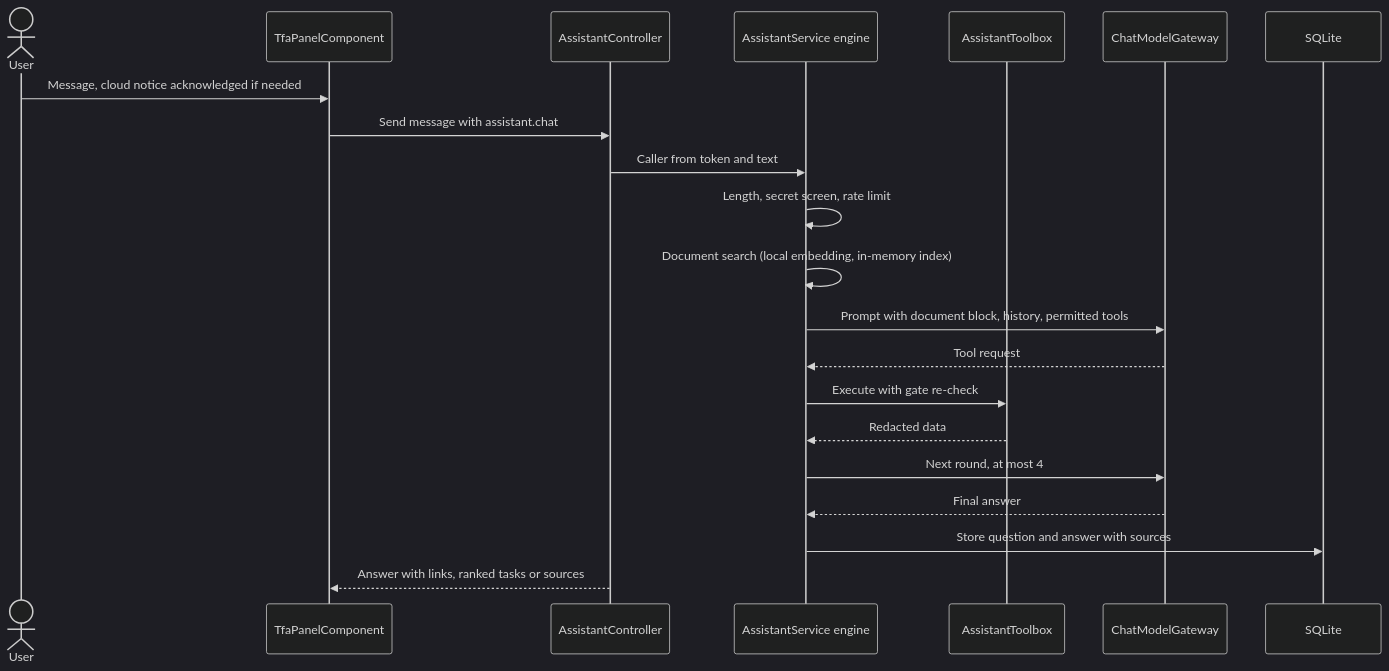
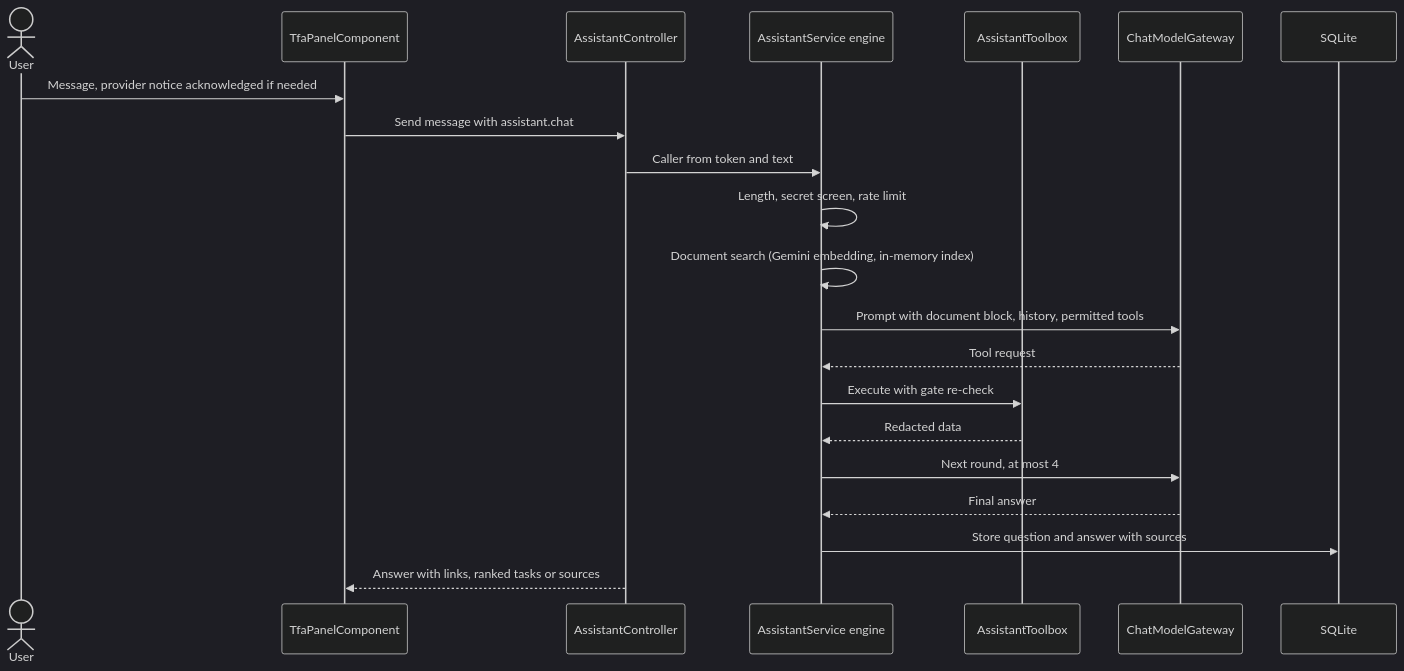
Before and after one commit to jojogeorge3344/TaskFlow-Project: the fifth of 9 diagrams in TF - Documents/TF - HLD/08-TFA-Assistant/08.1-Assistant/HLD-Assistant.md, drawn with Mermaid (dark theme). The commit also changed other lines of this file and 65 other files, not shown here.

First line of the commit message:
feat(tfa): make Google Gemini the default chat provider and document embedding engine

````diff
--- a/TF - Documents/TF - HLD/08-TFA-Assistant/08.1-Assistant/HLD-Assistant.md
+++ b/TF - Documents/TF - HLD/08-TFA-Assistant/08.1-Assistant/HLD-Assistant.md
@@ -316,23 +316,23 @@
 ```mermaid
 sequenceDiagram
   actor U as User
   participant SPA as TfaPanelComponent
   participant C as AssistantController
   participant E as AssistantService engine
   participant T as AssistantToolbox
   participant G as ChatModelGateway
   participant DB as SQLite
-  U->>SPA: Message, cloud notice acknowledged if needed
+  U->>SPA: Message, provider notice acknowledged if needed
   SPA->>C: Send message with assistant.chat
   C->>E: Caller from token and text
   E->>E: Length, secret screen, rate limit
-  E->>E: Document search (local embedding, in-memory index)
+  E->>E: Document search (Gemini embedding, in-memory index)
   E->>G: Prompt with document block, history, permitted tools
   G-->>E: Tool request
   E->>T: Execute with gate re-check
   T-->>E: Redacted data
   E->>G: Next round, at most 4
   G-->>E: Final answer
   E->>DB: Store question and answer with sources
   C-->>SPA: Answer with links, ranked tasks or sources
 ```
````
